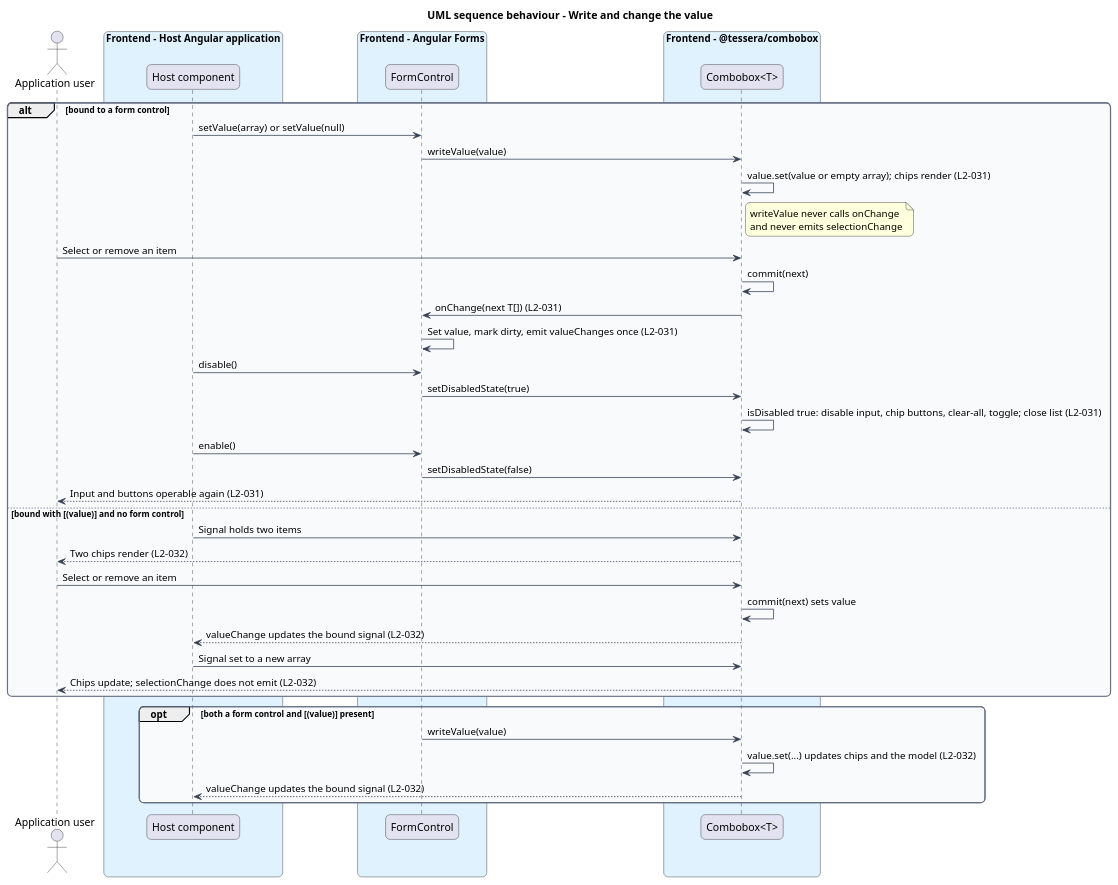
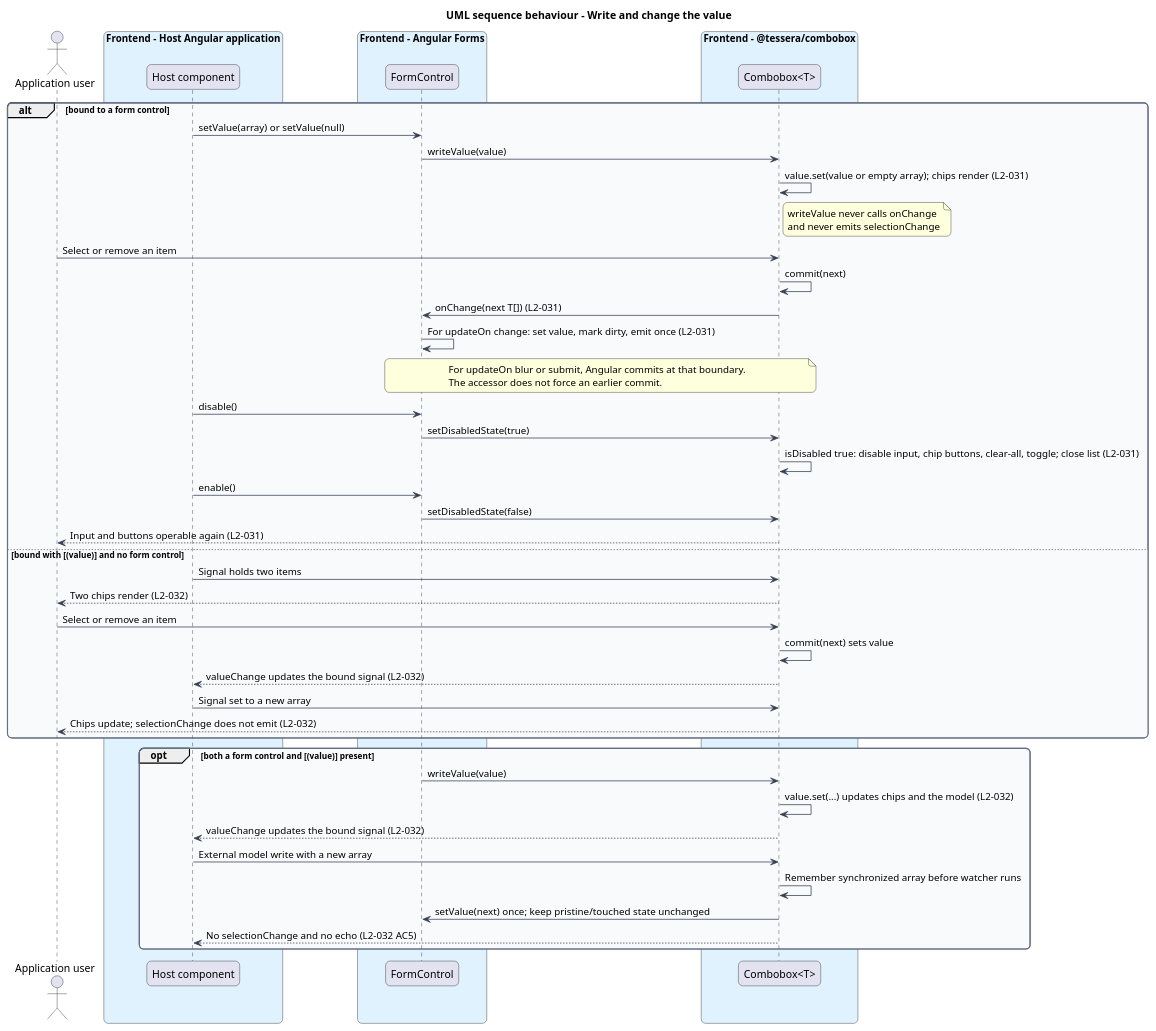
One commit to QuinntyneBrown/Tessera changed the diagram in docs/detailed-designs/combobox/integrate-forms/diagrams/sequence-write-and-change.puml. Above: the diagram before and after it, drawn with PlantUML. The commit also changed 80 other files, not shown here.

Commit message:
docs: align combobox designs diagrams and mock behavior

```diff
--- a/docs/detailed-designs/combobox/integrate-forms/diagrams/sequence-write-and-change.puml
+++ b/docs/detailed-designs/combobox/integrate-forms/diagrams/sequence-write-and-change.puml
@@ -1,60 +1,68 @@
 @startuml
 title UML sequence behaviour - Write and change the value
 skinparam backgroundColor #FFFFFF
 skinparam shadowing false
 skinparam roundcorner 12
 skinparam defaultFontName Arial
 skinparam ArrowColor #344054
 skinparam rectangle {
   BorderColor #344054
   FontColor #101828
 }
 skinparam package {
   BorderColor #667085
   FontColor #101828
   BackgroundColor #F9FAFB
 }
 actor "Application user" as user
 box "Frontend - Host Angular application" #E0F2FE
   participant "Host component" as host
 end box
 box "Frontend - Angular Forms" #E0F2FE
   participant "FormControl" as fc
 end box
 box "Frontend - @tessera/combobox" #E0F2FE
   participant "Combobox<T>" as combo
 end box
 
 alt bound to a form control
   host -> fc : setValue(array) or setValue(null)
   fc -> combo : writeValue(value)
   combo -> combo : value.set(value or empty array); chips render (L2-031)
   note right of combo
     writeValue never calls onChange
     and never emits selectionChange
   end note
   user -> combo : Select or remove an item
   combo -> combo : commit(next)
   combo -> fc : onChange(next T[]) (L2-031)
-  fc -> fc : Set value, mark dirty, emit valueChanges once (L2-031)
+  fc -> fc : For updateOn change: set value, mark dirty, emit once (L2-031)
+  note over fc, combo
+    For updateOn blur or submit, Angular commits at that boundary.
+    The accessor does not force an earlier commit.
+  end note
   host -> fc : disable()
   fc -> combo : setDisabledState(true)
   combo -> combo : isDisabled true: disable input, chip buttons, clear-all, toggle; close list (L2-031)
   host -> fc : enable()
   fc -> combo : setDisabledState(false)
   combo --> user : Input and buttons operable again (L2-031)
 else bound with [(value)] and no form control
   host -> combo : Signal holds two items
   combo --> user : Two chips render (L2-032)
   user -> combo : Select or remove an item
   combo -> combo : commit(next) sets value
   combo --> host : valueChange updates the bound signal (L2-032)
   host -> combo : Signal set to a new array
   combo --> user : Chips update; selectionChange does not emit (L2-032)
 end
 opt both a form control and [(value)] present
   fc -> combo : writeValue(value)
   combo -> combo : value.set(...) updates chips and the model (L2-032)
   combo --> host : valueChange updates the bound signal (L2-032)
+  host -> combo : External model write with a new array
+  combo -> combo : Remember synchronized array before watcher runs
+  combo -> fc : setValue(next) once; keep pristine/touched state unchanged
+  combo --> host : No selectionChange and no echo (L2-032 AC5)
 end
 @enduml
```
